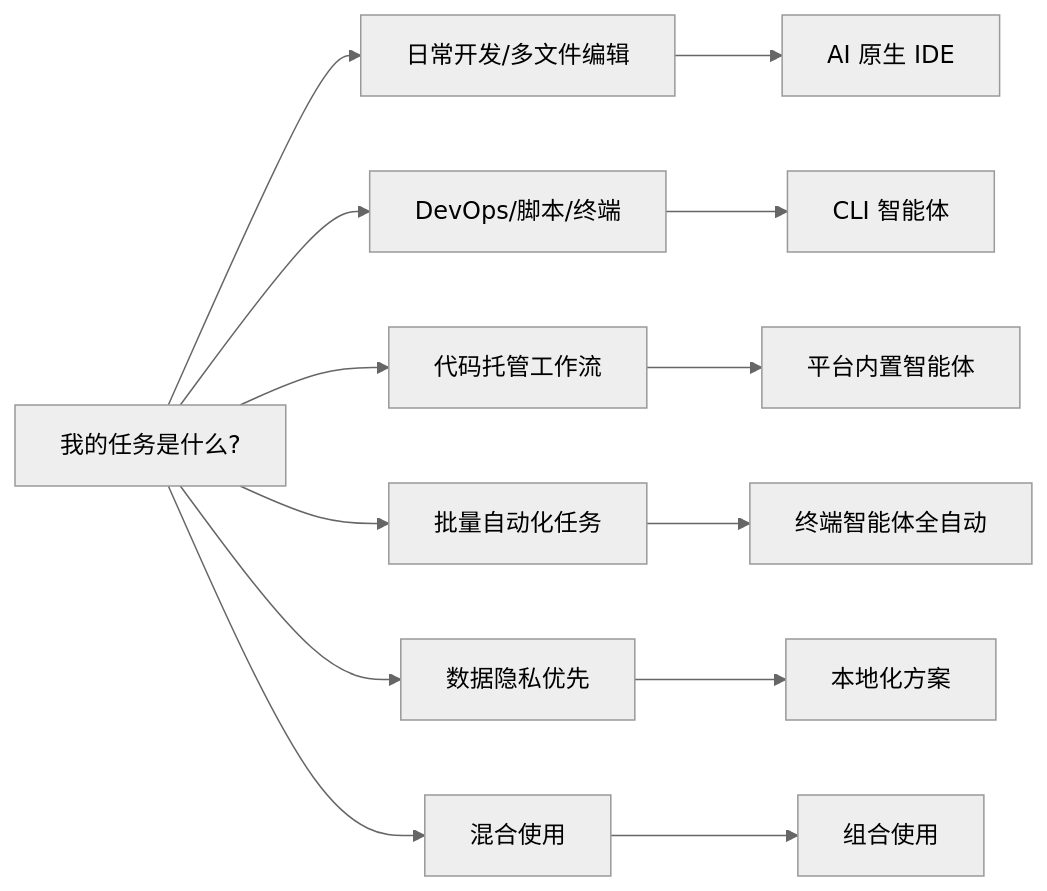
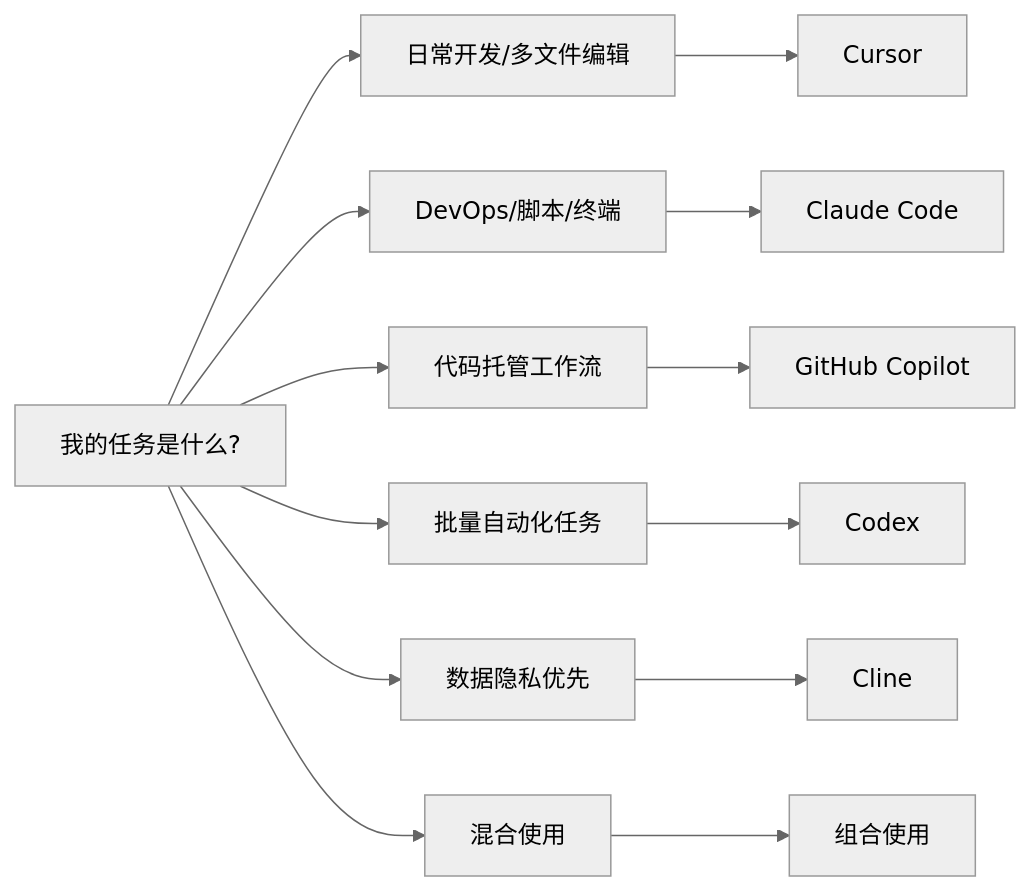
Before and after one commit to yeasy/agentic_ai_guide: the first of 2 diagrams in 10_agentic_coding/10.3_tools.md, drawn with Mermaid (neutral theme). The commit also changed other lines of this file and 3 other files, not shown here.

````diff
--- a/10_agentic_coding/10.3_tools.md
+++ b/10_agentic_coding/10.3_tools.md
@@ -499,22 +503,22 @@
 ```mermaid
 graph LR
     Task[我的任务是什么?]
     
     Task --> Daily[日常开发/多文件编辑]
-    Daily --> IDE[AI 原生 IDE]
+    Daily --> Cursor[Cursor]
     
     Task --> DevOps[DevOps/脚本/终端]
-    DevOps --> CLI[CLI 智能体]
+    DevOps --> Claude[Claude Code]
     
     Task --> GitHub[代码托管工作流]
-    GitHub --> Bot[平台内置智能体]
+    GitHub --> Copilot[GitHub Copilot]
     
     Task --> Auto[批量自动化任务]
-    Auto --> Codex[终端智能体全自动]
+    Auto --> Codex[Codex]
     
     Task --> Privacy[数据隐私优先]
-    Privacy --> Local[本地化方案]
+    Privacy --> Cline[Cline]
     
     Task --> Mix[混合使用]
     Mix --> Multi[组合使用]
 ```
````
